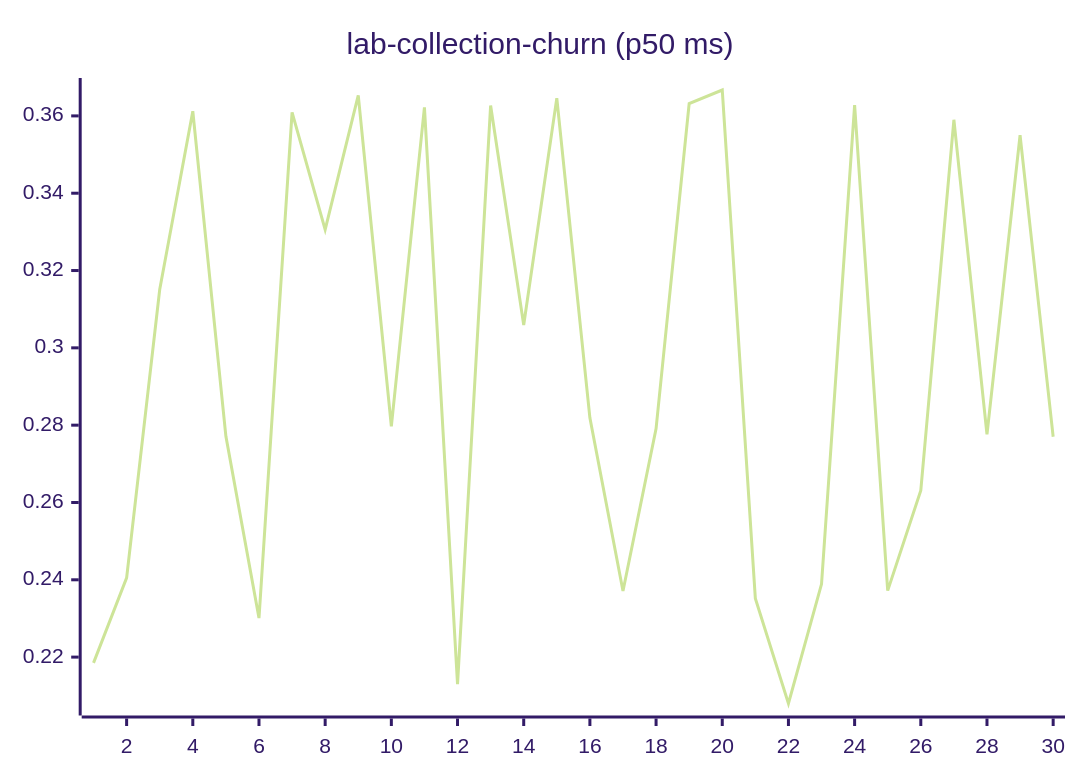
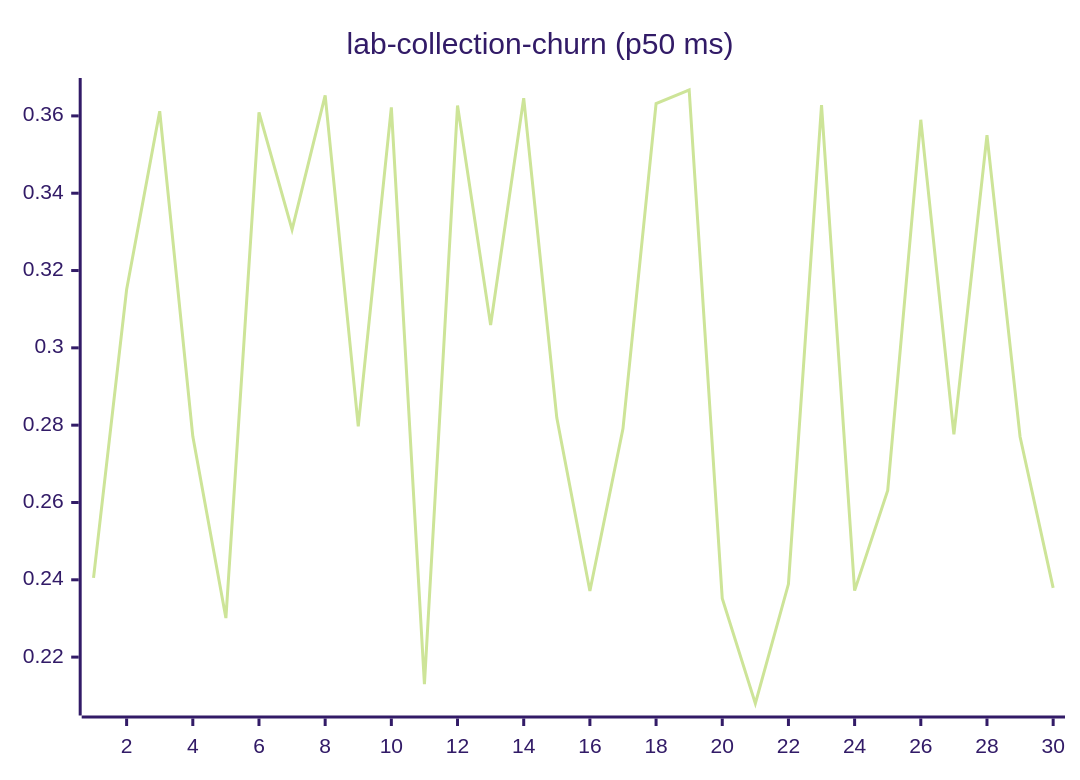
Before and after one commit to josha/Facet: diagram 11 of 27 in README.md, drawn with Mermaid (forest theme). The commit also changed other lines of this file and 2 other files, not shown here.

````diff
--- a/README.md
+++ b/README.md
@@ -133,6 +133,6 @@
 ```mermaid
 xychart-beta
     title "lab-collection-churn (p50 ms)"
     x-axis 1 --> 30
-    line [0.2185, 0.2405, 0.3151, 0.3612, 0.2771, 0.2301, 0.3609, 0.3306, 0.3653, 0.2797, 0.3622, 0.2130, 0.3627, 0.3059, 0.3646, 0.2819, 0.2371, 0.2791, 0.3632, 0.3667, 0.2352, 0.2080, 0.2389, 0.3628, 0.2372, 0.2631, 0.3590, 0.2776, 0.3550, 0.2770]
+    line [0.2405, 0.3151, 0.3612, 0.2771, 0.2301, 0.3609, 0.3306, 0.3653, 0.2797, 0.3622, 0.2130, 0.3627, 0.3059, 0.3646, 0.2819, 0.2371, 0.2791, 0.3632, 0.3667, 0.2352, 0.2080, 0.2389, 0.3628, 0.2372, 0.2631, 0.3590, 0.2776, 0.3550, 0.2770, 0.2379]
 ```
````
